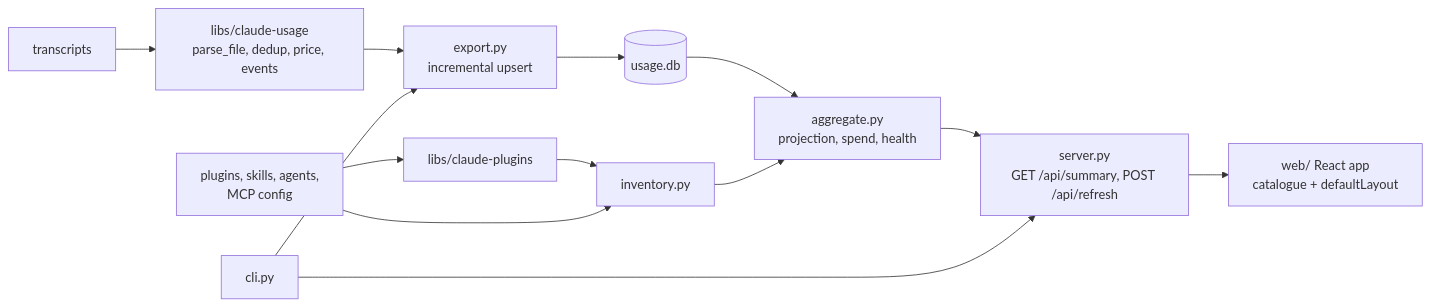
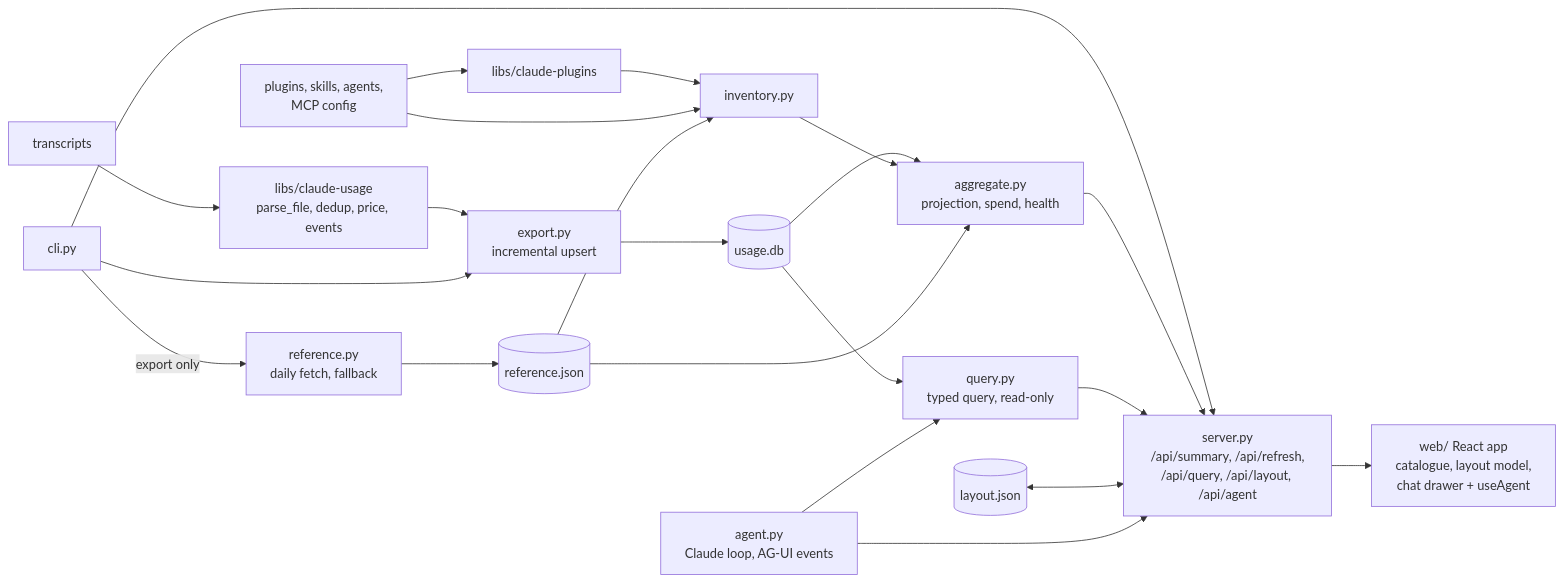
Before and after one commit to cheneeheng/claude-code-command-center: the second of 4 diagrams in apps/usage-insights/product/ARCHITECTURE.md, drawn with Mermaid. The commit also changed other lines of this file and 6 other files, not shown here.

````diff
--- a/apps/usage-insights/product/ARCHITECTURE.md
+++ b/apps/usage-insights/product/ARCHITECTURE.md
@@ -22,15 +28,24 @@
 ```mermaid
 flowchart LR
   T["transcripts"] --> CU["libs/claude-usage<br/>parse_file, dedup, price, events"]
   CU --> EX["export.py<br/>incremental upsert"]
   EX --> DB[("usage.db")]
   P["plugins, skills, agents,<br/>MCP config"] --> CP["libs/claude-plugins"]
   CP --> INV["inventory.py"]
   P --> INV
   DB --> AG["aggregate.py<br/>projection, spend, health"]
   INV --> AG
-  AG --> SV["server.py<br/>GET /api/summary, POST /api/refresh"]
-  SV --> UI["web/ React app<br/>catalogue + defaultLayout"]
   CLI["cli.py"] --> SV
   CLI --> EX
+  CLI -->|"export only"| REF["reference.py<br/>daily fetch, fallback"]
+  REF --> RJ[("reference.json")]
+  RJ --> AG
+  RJ --> INV
+  DB --> Q["query.py<br/>typed query, read-only"]
+  AG --> SV["server.py<br/>/api/summary, /api/refresh,<br/>/api/query, /api/layout, /api/agent"]
+  Q --> SV
+  LJ[("layout.json")] <--> SV
+  AGT["agent.py<br/>Claude loop, AG-UI events"] --> SV
+  AGT --> Q
+  SV --> UI["web/ React app<br/>catalogue, layout model,<br/>chat drawer + useAgent"]
 ```
````
